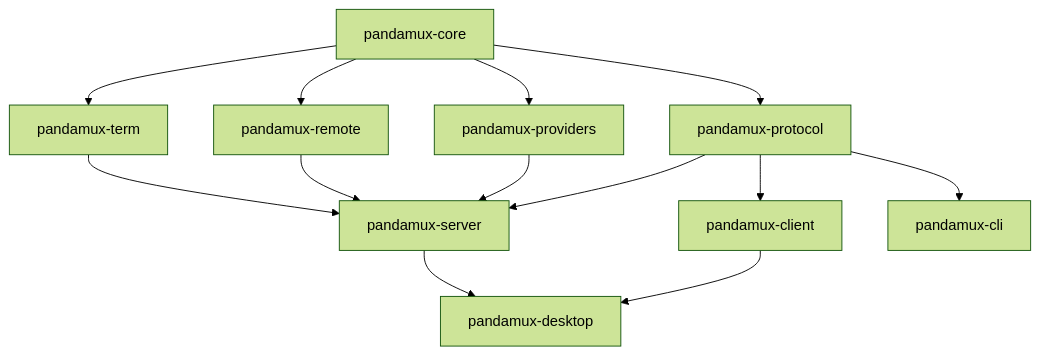
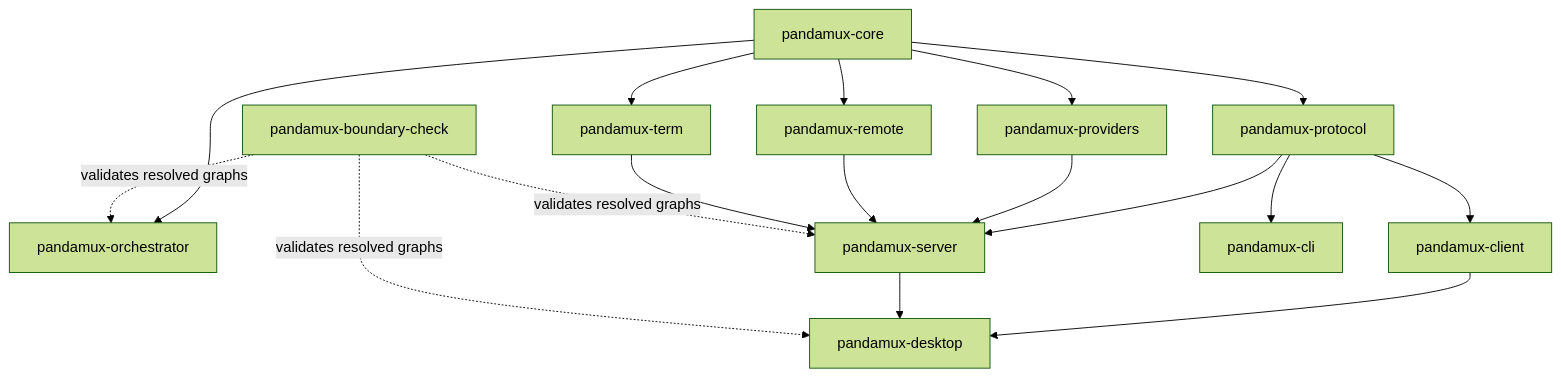
The first of 3 diagrams in docs/core/ARCHITECTURE.md (BoardPandas/Pandamux), drawn with Mermaid (forest theme) before and after one commit. The commit also changed other lines of this file and 67 other files, not shown here.

````diff
--- a/docs/core/ARCHITECTURE.md
+++ b/docs/core/ARCHITECTURE.md
@@ -40,15 +44,19 @@
 ```mermaid
 graph TD
     Core["pandamux-core"] --> Protocol["pandamux-protocol"]
+    Core --> Orchestrator["pandamux-orchestrator"]
     Core --> Providers["pandamux-providers"]
     Core --> Remote["pandamux-remote"]
     Core --> Term["pandamux-term"]
     Protocol --> Server["pandamux-server"]
     Providers --> Server
     Remote --> Server
     Term --> Server
     Protocol --> Client["pandamux-client"]
     Client --> Desktop["pandamux-desktop"]
     Server --> Desktop
     Protocol --> Cli["pandamux-cli"]
+    Checker["pandamux-boundary-check"] -. validates resolved graphs .-> Orchestrator
+    Checker -. validates resolved graphs .-> Server
+    Checker -. validates resolved graphs .-> Desktop
 ```
````
